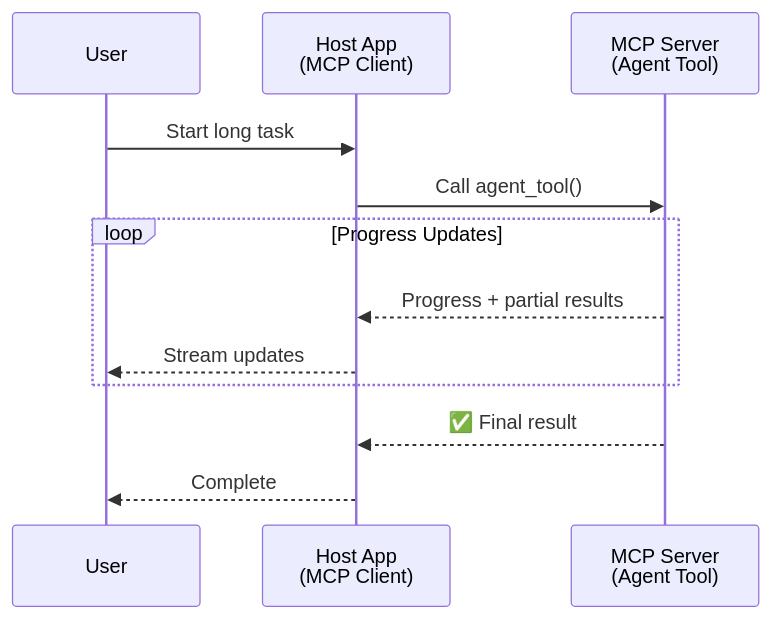
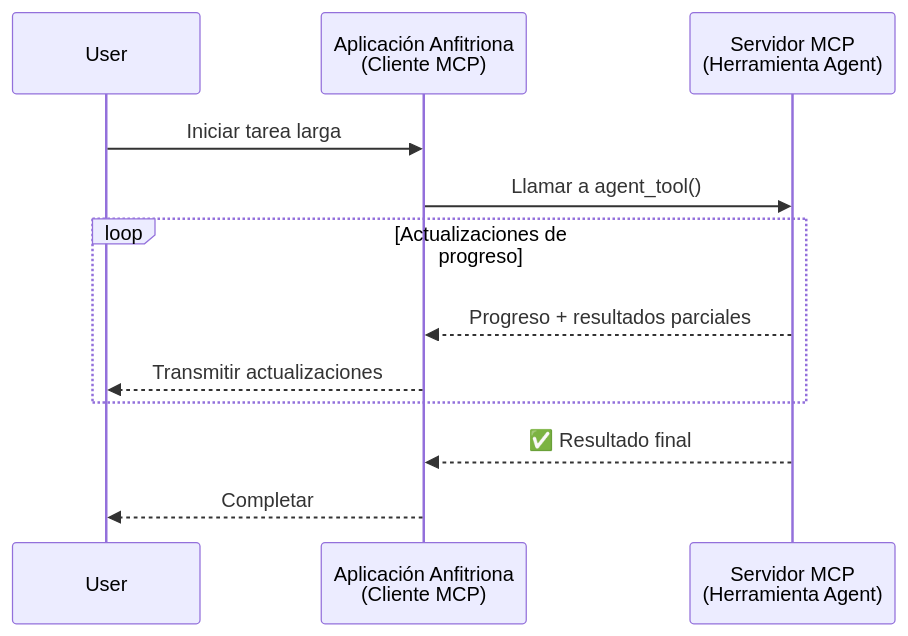
Before and after one commit to gabrielmoreira/agent-skills-mirror: the first of 5 diagrams in mirrors/repos/microsoft@ai-agents-for-beginners/translations/es/11-agentic-protocols/code_samples/mcp-agents/README.md, drawn with Mermaid. The commit also changed other lines of this file and 4262 other files, not shown here.

````diff
--- a/mirrors/repos/microsoft@ai-agents-for-beginners/translations/es/11-agentic-protocols/code_samples/mcp-agents/README.md
+++ b/mirrors/repos/microsoft@ai-agents-for-beginners/translations/es/11-agentic-protocols/code_samples/mcp-agents/README.md
@@ -46,17 +46,17 @@
 ```mermaid
 sequenceDiagram
     participant User
-    participant Host as Host App<br/>(MCP Client)
-    participant Server as MCP Server<br/>(Agent Tool)
+    participant Host as Aplicación Anfitriona<br/>(Cliente MCP)
+    participant Server as Servidor MCP<br/>(Herramienta Agent)
 
-    User->>Host: Start long task
-    Host->>Server: Call agent_tool()
+    User->>Host: Iniciar tarea larga
+    Host->>Server: Llamar a agent_tool()
 
-    loop Progress Updates
-        Server-->>Host: Progress + partial results
-        Host-->>User: Stream updates
+    loop Actualizaciones de progreso
+        Server-->>Host: Progreso + resultados parciales
+        Host-->>User: Transmitir actualizaciones
     end
 
-    Server-->>Host: ✅ Final result
-    Host-->>User: Complete
+    Server-->>Host: ✅ Resultado final
+    Host-->>User: Completar
 ```
````
